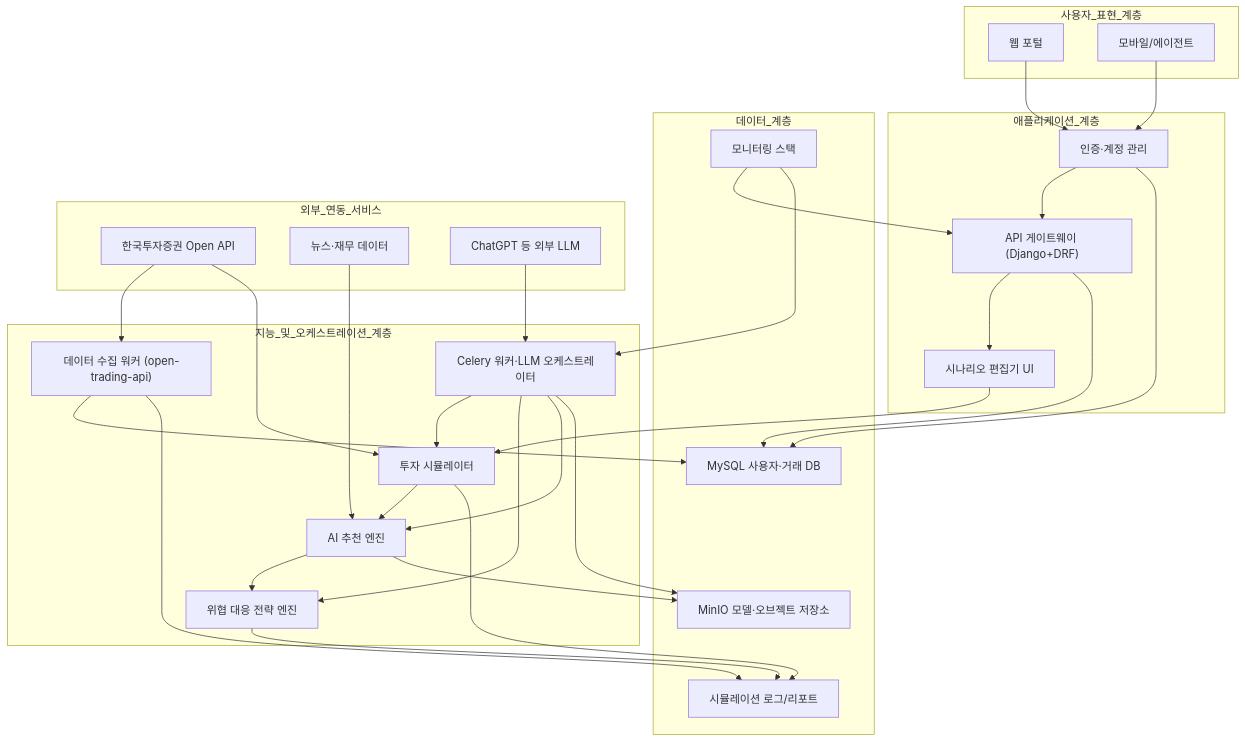
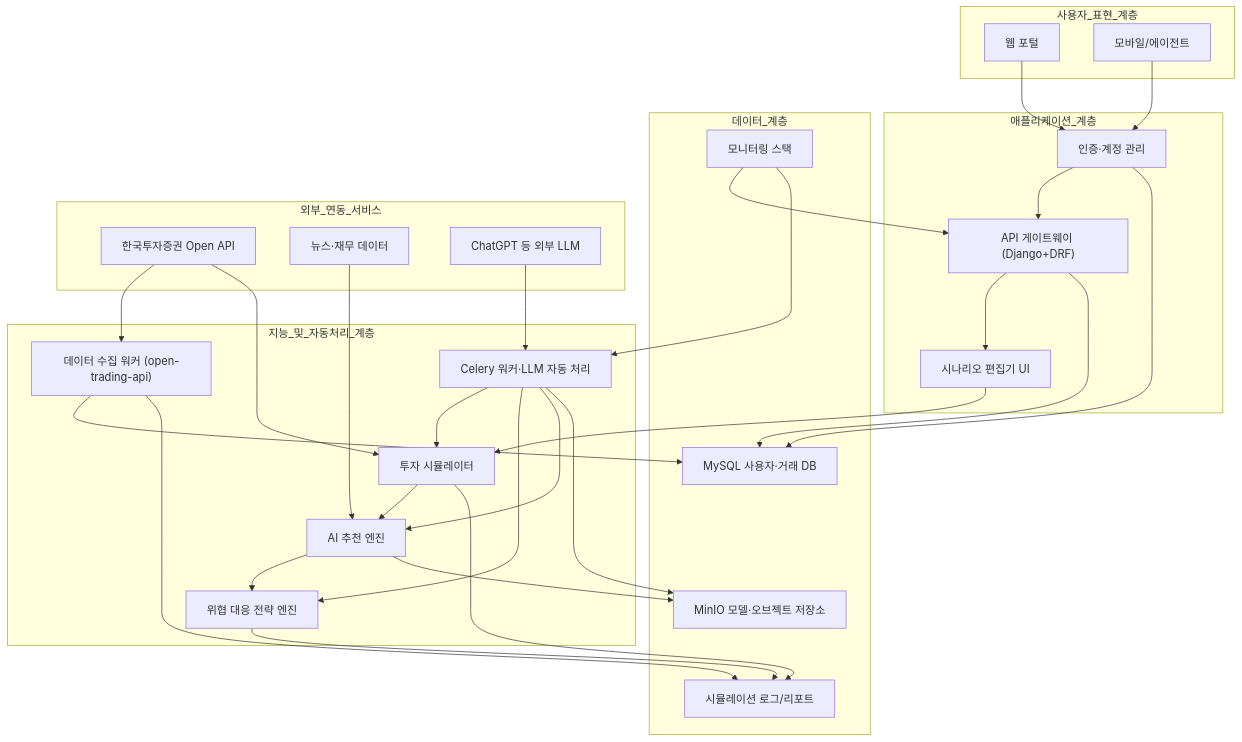
The diagram in mdfiles/WhatcanIdo.md (movingmin/X-AI-Convergence-Capstone-Crew), drawn with Mermaid before and after one commit. The commit also changed other lines of this file, not shown here.

````diff
--- a/mdfiles/WhatcanIdo.md
+++ b/mdfiles/WhatcanIdo.md
@@ -3,54 +3,54 @@
 ```mermaid
 graph TD
     subgraph 사용자_표현_계층
         A["웹 포털"]
         B["모바일/에이전트"]
     end
     subgraph 애플리케이션_계층
         C["인증·계정 관리"]
         D["시나리오 편집기 UI"]
         E["API 게이트웨이 (Django+DRF)"]
     end
-    subgraph 지능_및_오케스트레이션_계층
+    subgraph 지능_및_자동처리_계층
         F["투자 시뮬레이터"]
         G["위협 대응 전략 엔진"]
         H["AI 추천 엔진"]
-        I["Celery 워커·LLM 오케스트레이터"]
+        I["Celery 워커·LLM 자동 처리"]
         J["데이터 수집 워커 (open-trading-api)"]
     end
     subgraph 데이터_계층
         K["MySQL 사용자·거래 DB"]
         L["시뮬레이션 로그/리포트"]
         M["MinIO 모델·오브젝트 저장소"]
         N["모니터링 스택"]
     end
     subgraph 외부_연동_서비스
         O["한국투자증권 Open API"]
         P["뉴스·재무 데이터"]
         Q["ChatGPT 등 외부 LLM"]
     end
     A --> C
     B --> C
     C --> E
     E --> D
     D --> F
     F --> H
     H --> G
     G --> L
     F --> L
     C --> K
     E --> K
     I --> F
     I --> G
     I --> H
     J --> K
     J --> L
     H --> M
     I --> M
     N --> E
     N --> I
     O --> J
     O --> F
     P --> H
     Q --> I
 ```
````
